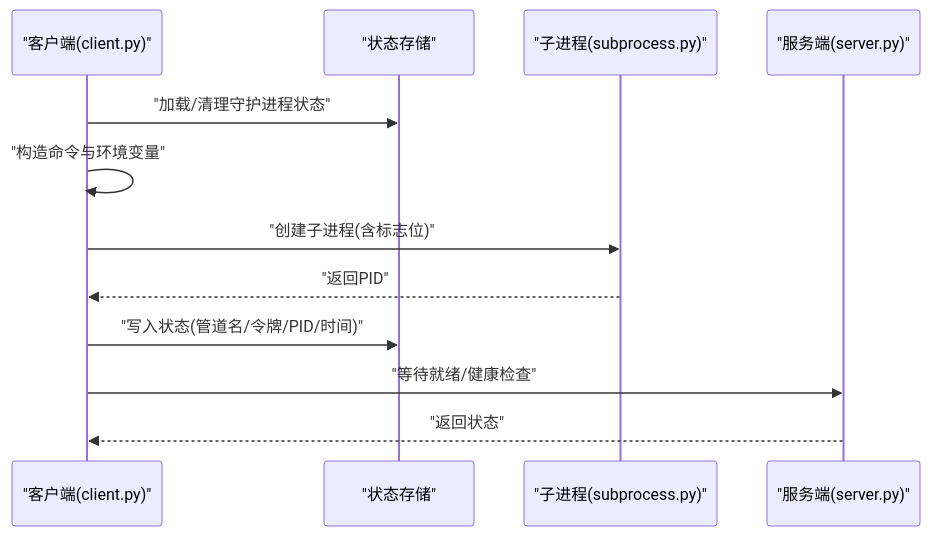
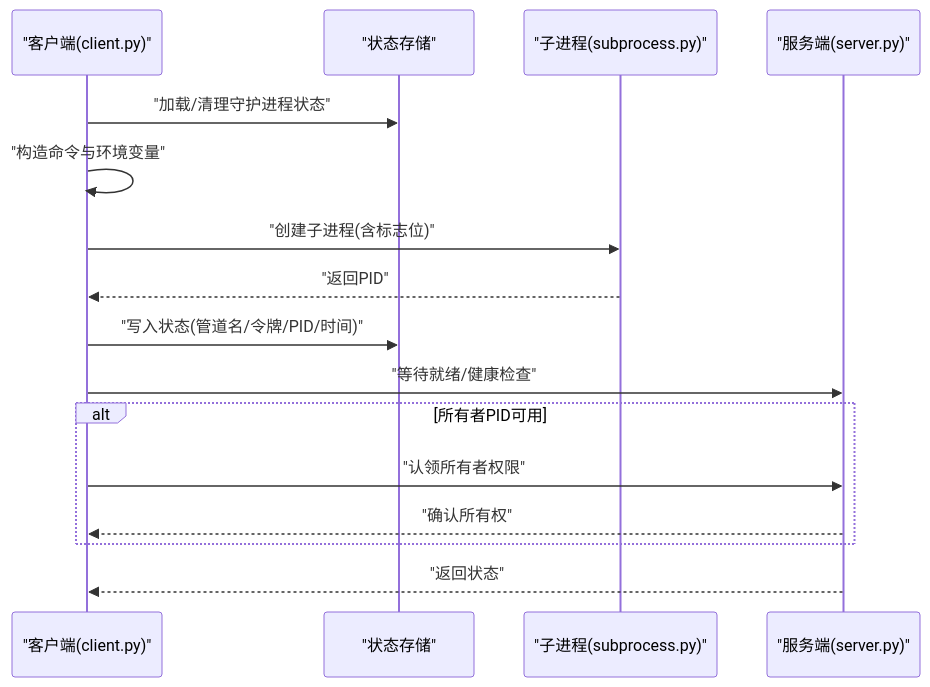
One commit to haolange/RDC-Tool changed the sixth of 11 diagrams in .qoder/repowiki/zh/content/守护进程架构/进程管理.md. Above: the diagram before and after it, drawn with Mermaid. The commit also changed other lines of this file and 4 other files, not shown here.

````diff
--- a/.qoder/repowiki/zh/content/守护进程架构/进程管理.md
+++ b/.qoder/repowiki/zh/content/守护进程架构/进程管理.md
@@ -192,14 +296,18 @@
 ```mermaid
 sequenceDiagram
 participant CLI as "客户端(client.py)"
 participant FS as "状态存储"
 participant SUB as "子进程(subprocess.py)"
 participant SRV as "服务端(server.py)"
 CLI->>FS : "加载/清理守护进程状态"
 CLI->>CLI : "构造命令与环境变量"
 CLI->>SUB : "创建子进程(含标志位)"
 SUB-->>CLI : "返回PID"
 CLI->>FS : "写入状态(管道名/令牌/PID/时间)"
 CLI->>SRV : "等待就绪/健康检查"
+alt 所有者PID可用
+CLI->>SRV : "认领所有者权限"
+SRV-->>CLI : "确认所有权"
+end
 SRV-->>CLI : "返回状态"
 ```
````
